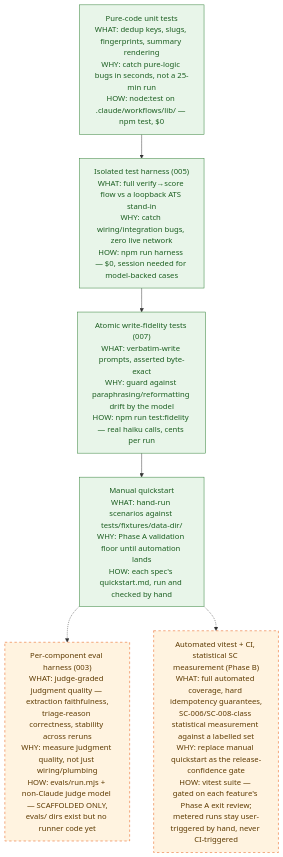
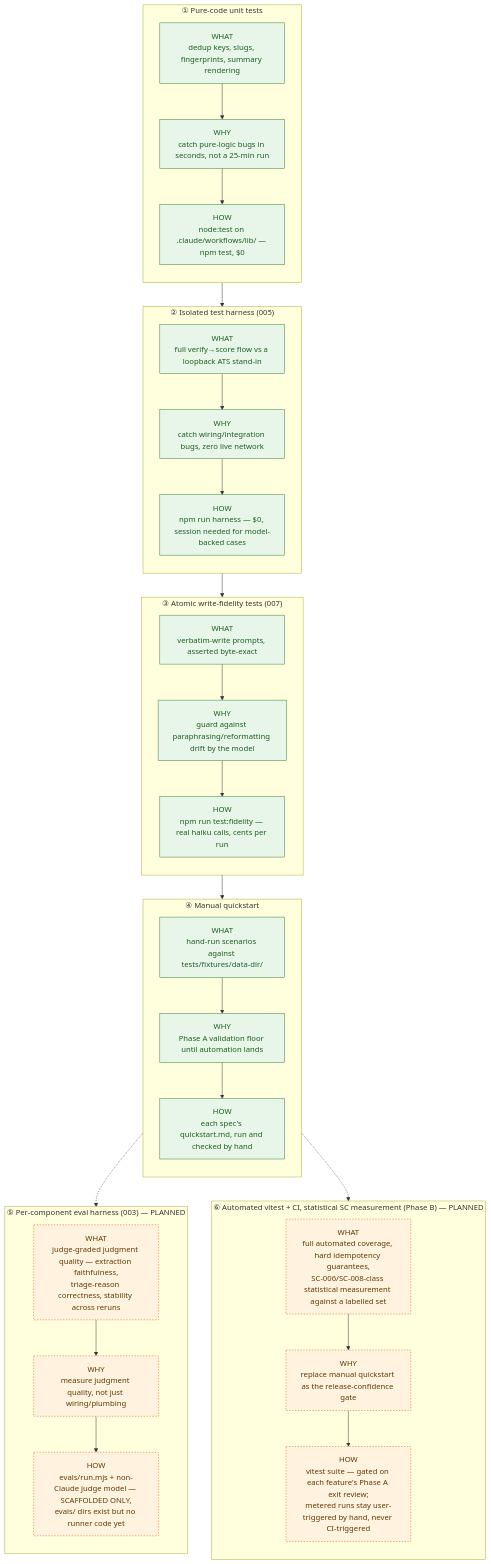
One commit to juliaviluhina/hyppograph changed the diagram in docs/testing.md. Above: the diagram before and after it, drawn with Mermaid. The commit also changed 1 other file, not shown here.

Commit message:
docs: detailed per-workflow orchestration diagrams; testing pyramid as what/why/how subgraphs
- solution-design.md: mermaid flowcharts for both live workflows
  (intake-normalize.js, fit-screen.js), naming every agent() call, its
  agentType/tier, and which branch points are code-decided vs
  model-delegated (Constitution I/II/IV made concrete).
- testing.md: reworked the testing-layers pyramid so each layer is a
  subgraph of separate WHAT/WHY/HOW nodes instead of one multi-line node.

Claude-Session: https://claude.ai/code/session_01KaUqniPSMptaZ1oMqfajqq

````diff
--- a/docs/testing.md
+++ b/docs/testing.md
@@ -15,42 +15,56 @@
 ```mermaid
 flowchart TD
   classDef live fill:#e8f5e9,stroke:#2e7d32,color:#1b5e20;
-  classDef planned fill:#fff3e0,stroke:#e65100,stroke-dasharray:5 5,color:#5d3a00;
+  classDef planned fill:#fff3e0,stroke:#e65100,stroke-dasharray:3 3,color:#5d3a00;
 
-  A["Pure-code unit tests
-WHAT: dedup keys, slugs, fingerprints, summary rendering
-WHY: catch pure-logic bugs in seconds, not a 25-min run
-HOW: node:test on .claude/workflows/lib/ — npm test, $0"]:::live
+  subgraph A["① Pure-code unit tests"]
+    direction TB
+    A_what["WHAT<br/>dedup keys, slugs, fingerprints, summary rendering"]:::live
+    A_why["WHY<br/>catch pure-logic bugs in seconds, not a 25-min run"]:::live
+    A_how["HOW<br/>node:test on .claude/workflows/lib/ — npm test, $0"]:::live
+    A_what --> A_why --> A_how
+  end
 
-  B["Isolated test harness (005)
-WHAT: full verify→score flow vs a loopback ATS stand-in
-WHY: catch wiring/integration bugs, zero live network
-HOW: npm run harness — $0, session needed for model-backed cases"]:::live
+  subgraph B["② Isolated test harness (005)"]
+    direction TB
+    B_what["WHAT<br/>full verify→score flow vs a loopback ATS stand-in"]:::live
+    B_why["WHY<br/>catch wiring/integration bugs, zero live network"]:::live
+    B_how["HOW<br/>npm run harness — $0, session needed for model-backed cases"]:::live
+    B_what --> B_why --> B_how
+  end
 
-  C["Atomic write-fidelity tests (007)
-WHAT: verbatim-write prompts, asserted byte-exact
-WHY: guard against paraphrasing/reformatting drift by the model
-HOW: npm run test:fidelity — real haiku calls, cents per run"]:::live
+  subgraph C["③ Atomic write-fidelity tests (007)"]
+    direction TB
+    C_what["WHAT<br/>verbatim-write prompts, asserted byte-exact"]:::live
+    C_why["WHY<br/>guard against paraphrasing/reformatting drift by the model"]:::live
+    C_how["HOW<br/>npm run test:fidelity — real haiku calls, cents per run"]:::live
+    C_what --> C_why --> C_how
+  end
 
-  D["Manual quickstart
-WHAT: hand-run scenarios against tests/fixtures/data-dir/
-WHY: Phase A validation floor until automation lands
-HOW: each spec's quickstart.md, run and checked by hand"]:::live
+  subgraph D["④ Manual quickstart"]
+    direction TB
+    D_what["WHAT<br/>hand-run scenarios against tests/fixtures/data-dir/"]:::live
+    D_why["WHY<br/>Phase A validation floor until automation lands"]:::live
+    D_how["HOW<br/>each spec's quickstart.md, run and checked by hand"]:::live
+    D_what --> D_why --> D_how
+  end
 
-  E["Per-component eval harness (003)
-WHAT: judge-graded judgment quality — extraction faithfulness,
-triage-reason correctness, stability across reruns
-WHY: measure judgment quality, not just wiring/plumbing
-HOW: evals/run.mjs + non-Claude judge model — SCAFFOLDED ONLY,
-evals/ dirs exist but no runner code yet"]:::planned
+  subgraph E["⑤ Per-component eval harness (003) — PLANNED"]
+    direction TB
+    E_what["WHAT<br/>judge-graded judgment quality — extraction faithfulness,<br/>triage-reason correctness, stability across reruns"]:::planned
+    E_why["WHY<br/>measure judgment quality, not just wiring/plumbing"]:::planned
+    E_how["HOW<br/>evals/run.mjs + non-Claude judge model — SCAFFOLDED ONLY,<br/>evals/ dirs exist but no runner code yet"]:::planned
+    E_what --> E_why --> E_how
+  end
 
-  F["Automated vitest + CI, statistical SC measurement (Phase B)
-WHAT: full automated coverage, hard idempotency guarantees,
-SC-006/SC-008-class statistical measurement against a labelled set
-WHY: replace manual quickstart as the release-confidence gate
-HOW: vitest suite — gated on each feature's Phase A exit review;
-metered runs stay user-triggered by hand, never CI-triggered"]:::planned
+  subgraph F["⑥ Automated vitest + CI, statistical SC measurement (Phase B) — PLANNED"]
+    direction TB
+    F_what["WHAT<br/>full automated coverage, hard idempotency guarantees,<br/>SC-006/SC-008-class statistical measurement against a labelled set"]:::planned
+    F_why["WHY<br/>replace manual quickstart as the release-confidence gate"]:::planned
+    F_how["HOW<br/>vitest suite — gated on each feature's Phase A exit review;<br/>metered runs stay user-triggered by hand, never CI-triggered"]:::planned
+    F_what --> F_why --> F_how
+  end
 
   A --> B --> C --> D -.-> E
   D -.-> F
 ```
````
